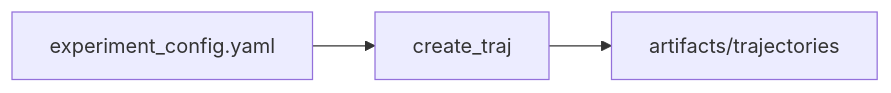
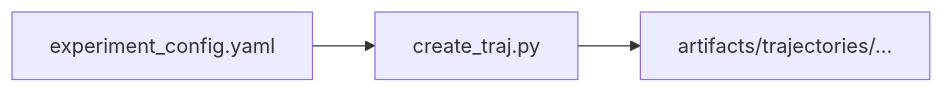
One commit to MSCA-DN-Digital-Finance/WP3_eXplainable_and_Fair_AI changed the second of 2 diagrams in IRP1/Code/ct3_fm/src/generation/README.md. Above: the diagram before and after it, drawn with Mermaid. The commit also changed other lines of this file and 1 other file, not shown here.

````diff
--- a/IRP1/Code/ct3_fm/src/generation/README.md
+++ b/IRP1/Code/ct3_fm/src/generation/README.md
@@ -17,5 +20,5 @@
 ```mermaid
 graph LR
-    exp_conf[experiment_config.yaml] --> create_traj[create_traj]
-    create_traj --> out_root[artifacts/trajectories]
+    exp_conf[experiment_config.yaml] --> create_traj[create_traj.py]
+    create_traj --> out_root[artifacts/trajectories/...]
 ```
````
